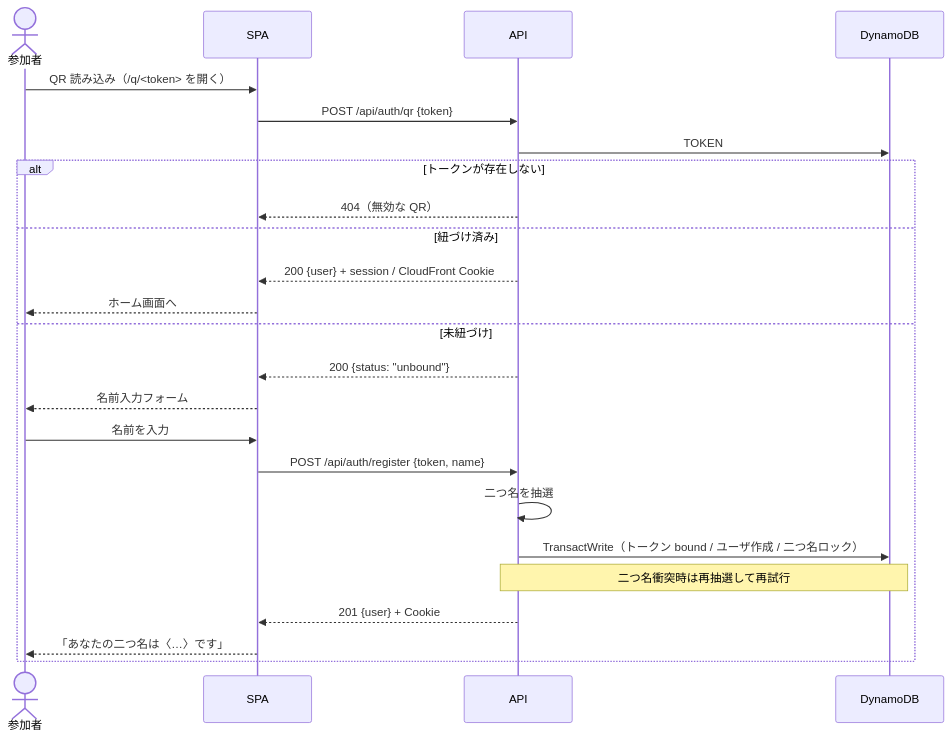
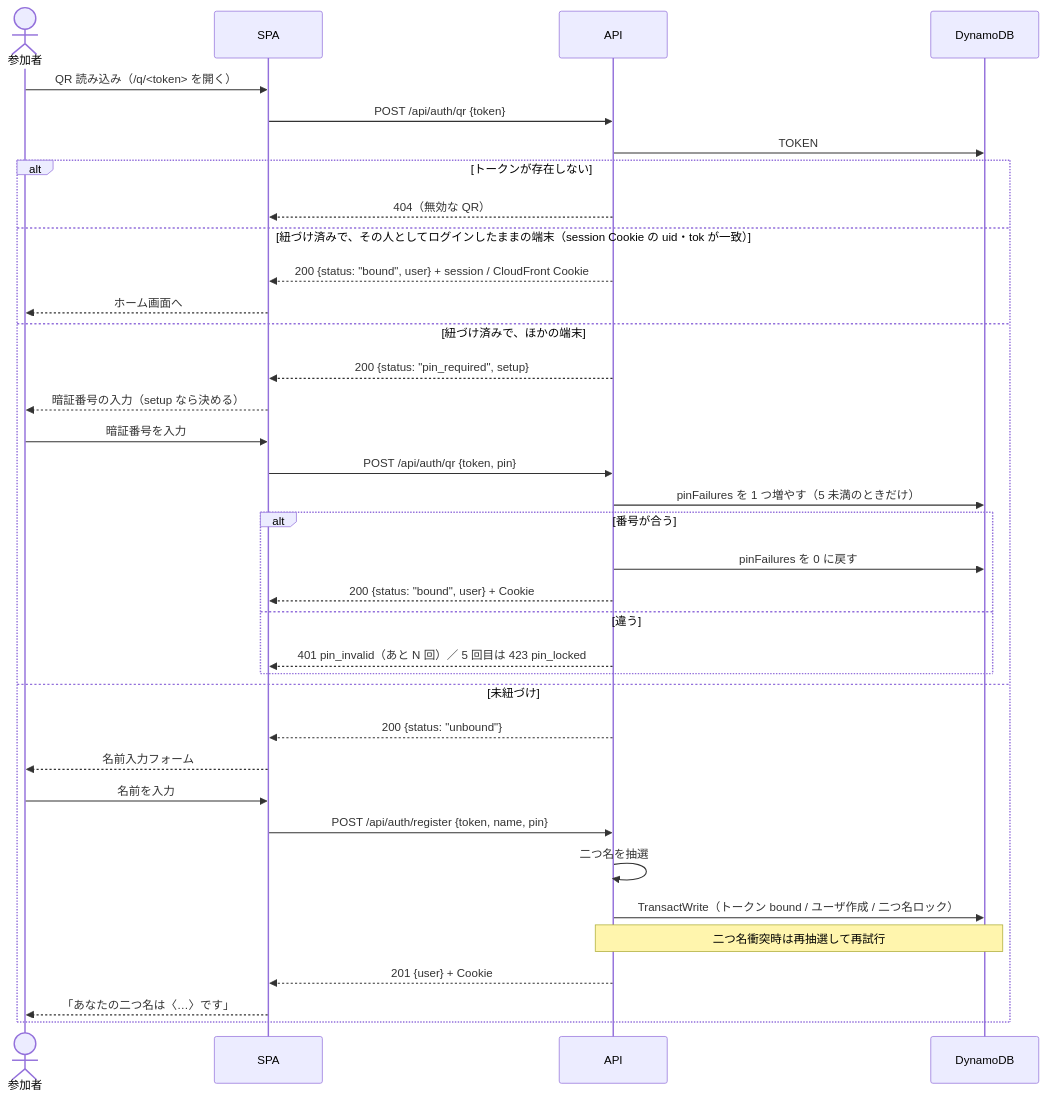
Before and after one commit to ot-nemoto/partally: the second of 3 diagrams in docs/design.md, drawn with Mermaid. The commit also changed other lines of this file and 25 other files, not shown here.

````diff
--- a/docs/design.md
+++ b/docs/design.md
@@ -303,27 +305,39 @@
 ```mermaid
 sequenceDiagram
   actor U as 参加者
   participant S as SPA
   participant A as API
   participant D as DynamoDB
 
   U->>S: QR 読み込み（/q/<token> を開く）
   S->>A: POST /api/auth/qr {token}
   A->>D: TOKEN#<token> 取得
   alt トークンが存在しない
     A-->>S: 404（無効な QR）
-  else 紐づけ済み
-    A-->>S: 200 {user} + session / CloudFront Cookie
+  else 紐づけ済みで、その人としてログインしたままの端末（session Cookie の uid・tok が一致）
+    A-->>S: 200 {status: "bound", user} + session / CloudFront Cookie
     S-->>U: ホーム画面へ
+  else 紐づけ済みで、ほかの端末
+    A-->>S: 200 {status: "pin_required", setup}
+    S-->>U: 暗証番号の入力（setup なら決める）
+    U->>S: 暗証番号を入力
+    S->>A: POST /api/auth/qr {token, pin}
+    A->>D: pinFailures を 1 つ増やす（5 未満のときだけ）
+    alt 番号が合う
+      A->>D: pinFailures を 0 に戻す
+      A-->>S: 200 {status: "bound", user} + Cookie
+    else 違う
+      A-->>S: 401 pin_invalid（あと N 回）／ 5 回目は 423 pin_locked
+    end
   else 未紐づけ
     A-->>S: 200 {status: "unbound"}
     S-->>U: 名前入力フォーム
     U->>S: 名前を入力
-    S->>A: POST /api/auth/register {token, name}
+    S->>A: POST /api/auth/register {token, name, pin}
     A->>A: 二つ名を抽選
     A->>D: TransactWrite（トークン bound / ユーザ作成 / 二つ名ロック）
     Note over A,D: 二つ名衝突時は再抽選して再試行
     A-->>S: 201 {user} + Cookie
     S-->>U: 「あなたの二つ名は〈…〉です」
   end
 ```
````
